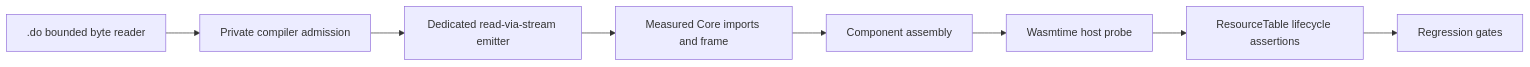
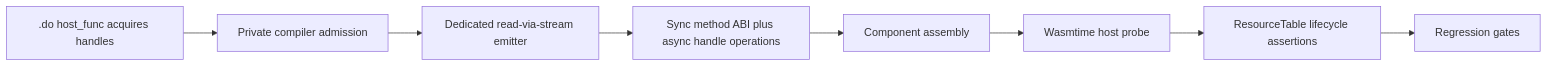
One commit to 6643/do changed the diagram in doc/superpowers/specs/2026-09-15-d2-filesystem-read-via-stream-design.md. Above: the diagram before and after it, drawn with Mermaid. The commit also changed other lines of this file, not shown here.

Commit message:
Correct read stream host boundary

````diff
--- a/doc/superpowers/specs/2026-09-15-d2-filesystem-read-via-stream-design.md
+++ b/doc/superpowers/specs/2026-09-15-d2-filesystem-read-via-stream-design.md
@@ -60,10 +65,10 @@
 ```mermaid
 flowchart LR
-    S[.do bounded byte reader] --> A[Private compiler admission]
+    S[.do host_func acquires handles] --> A[Private compiler admission]
     A --> E[Dedicated read-via-stream emitter]
-    E --> C[Measured Core imports and frame]
+    E --> C[Sync method ABI plus async handle operations]
     C --> W[Component assembly]
     W --> H[Wasmtime host probe]
     H --> L[ResourceTable lifecycle assertions]
     L --> G[Regression gates]
 ```
````
